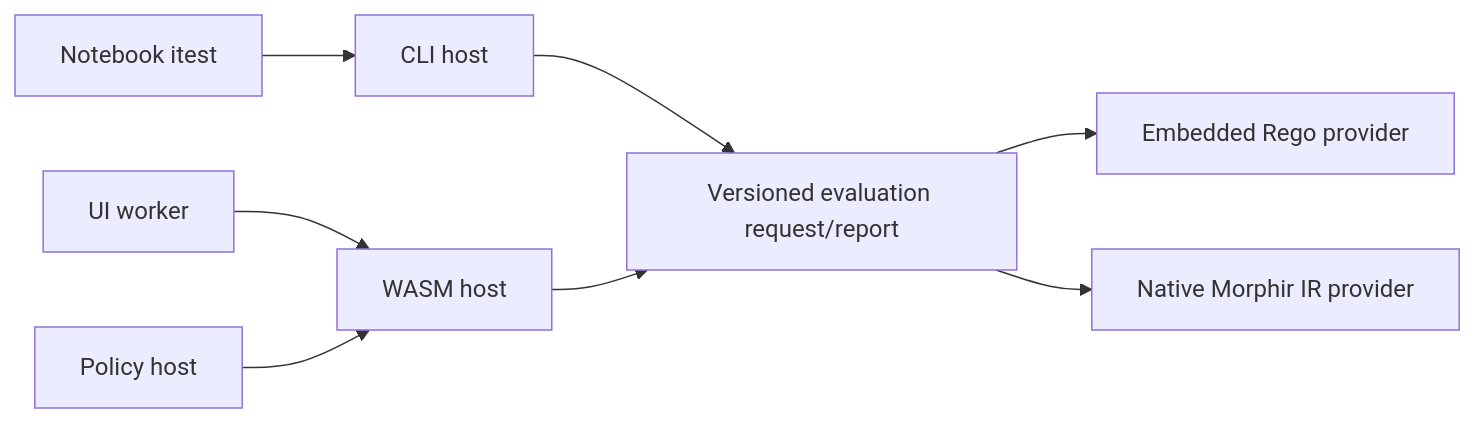
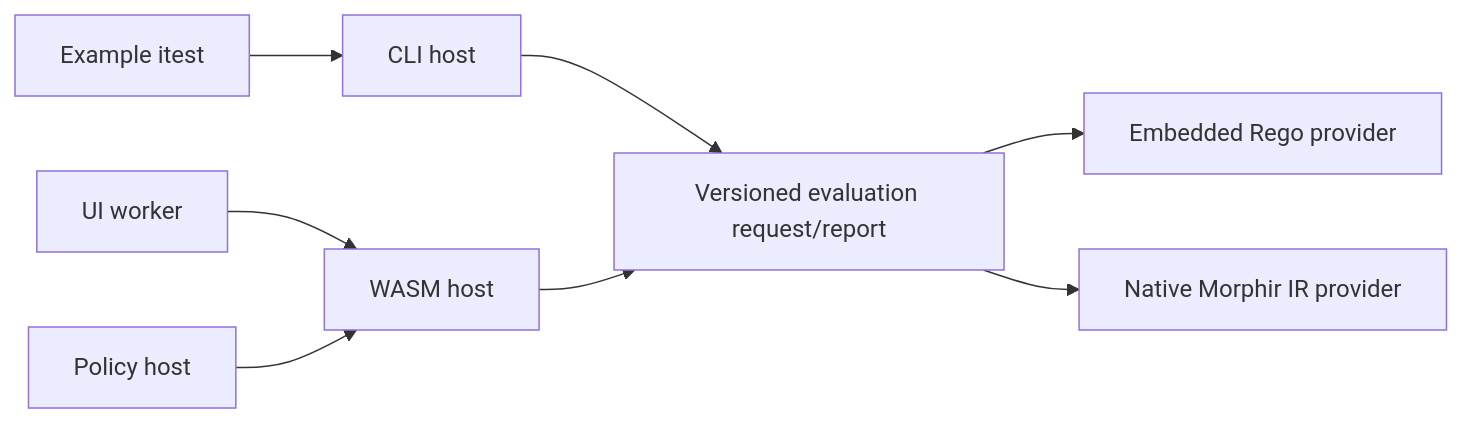
One commit to finos/morphir changed the diagram in docs/developers/evaluation.md. Above: the diagram before and after it, drawn with Mermaid. The commit also changed other lines of this file and 42 other files, not shown here.

````diff
--- a/docs/developers/evaluation.md
+++ b/docs/developers/evaluation.md
@@ -117,10 +117,10 @@
 ```mermaid
 flowchart LR
     CLI[CLI host] --> Contract[Versioned evaluation request/report]
-    Notebook[Notebook itest] --> CLI
+    Itest[Example itest] --> CLI
     UI[UI worker] --> WASM[WASM host]
     Policy[Policy host] --> WASM
     WASM --> Contract
     Contract --> Rego[Embedded Rego provider]
     Contract --> Native[Native Morphir IR provider]
 ```
````
